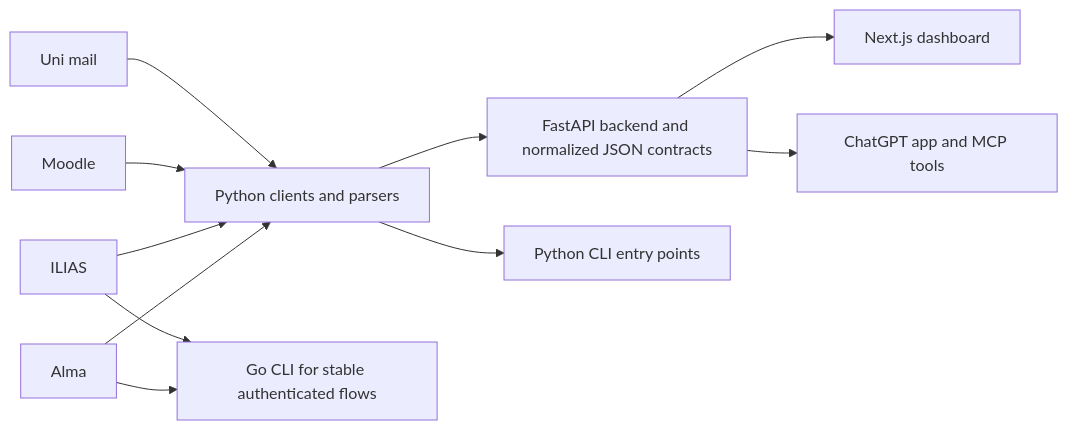
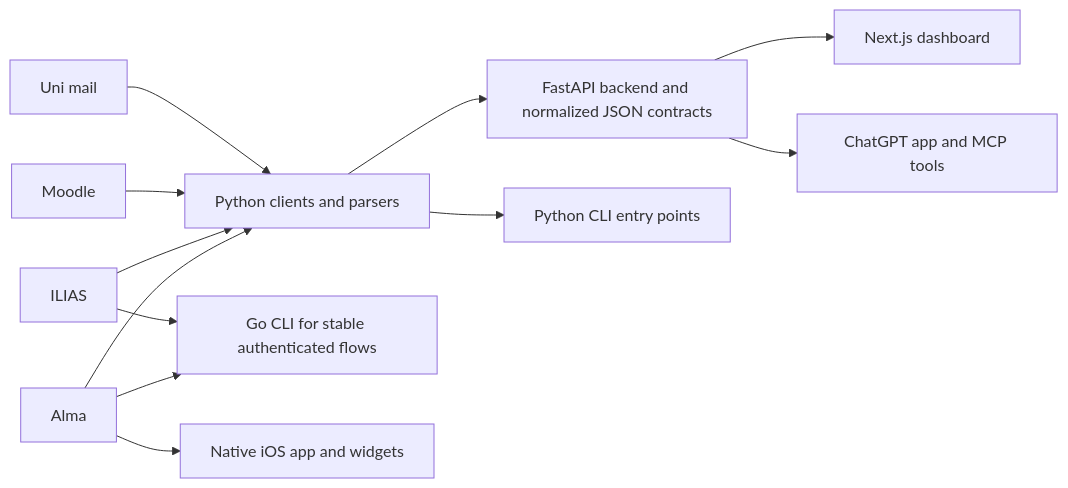
One commit to SebastianBoehler/tue-api-wrapper changed the diagram in README.md. Above: the diagram before and after it, drawn with Mermaid. The commit also changed other lines of this file and 3 other files, not shown here.

````diff
--- a/README.md
+++ b/README.md
@@ -66,13 +66,14 @@
 ```mermaid
 flowchart LR
     Alma["Alma"] --> Python["Python clients and parsers"]
     ILIAS["ILIAS"] --> Python
     Moodle["Moodle"] --> Python
     Mail["Uni mail"] --> Python
     Python --> API["FastAPI backend and normalized JSON contracts"]
     API --> Web["Next.js dashboard"]
     API --> ChatGPT["ChatGPT app and MCP tools"]
     Python --> PyCLI["Python CLI entry points"]
     Alma --> Go["Go CLI for stable authenticated flows"]
     ILIAS --> Go
+    Alma --> iOS["Native iOS app and widgets"]
 ```
````
